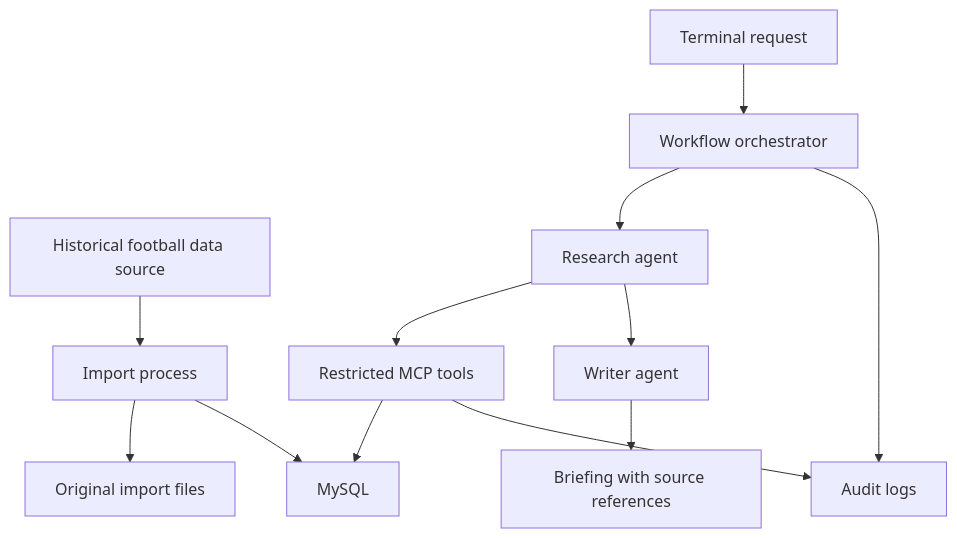
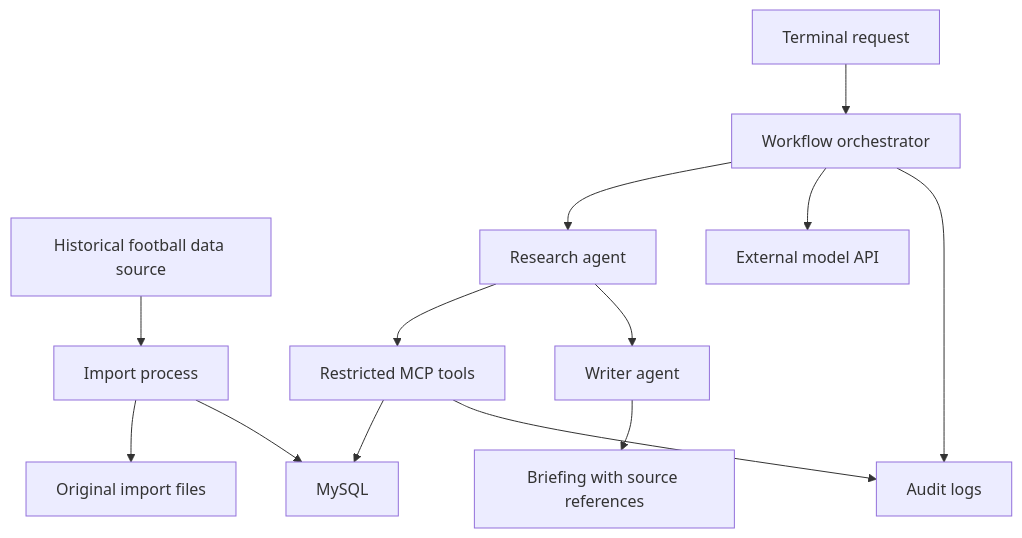
Before and after one commit to ryancesutton/stillwater-longhorns: the diagram in README.md, drawn with Mermaid. The commit also changed other lines of this file and 1 other file, not shown here.

````diff
--- a/README.md
+++ b/README.md
@@ -25,14 +27,15 @@
 ```mermaid
 flowchart TD
     Source[Historical football data source] --> Import[Import process]
     Import --> Raw[Original import files]
     Import --> DB[MySQL]
     User[Terminal request] --> Orchestrator[Workflow orchestrator]
     Orchestrator --> Research[Research agent]
+    Orchestrator --> API[External model API]
     Research --> MCP[Restricted MCP tools]
     MCP --> DB
     Research --> Writer[Writer agent]
     Writer --> Briefing[Briefing with source references]
     Orchestrator --> Logs[Audit logs]
     MCP --> Logs
 ```
````
